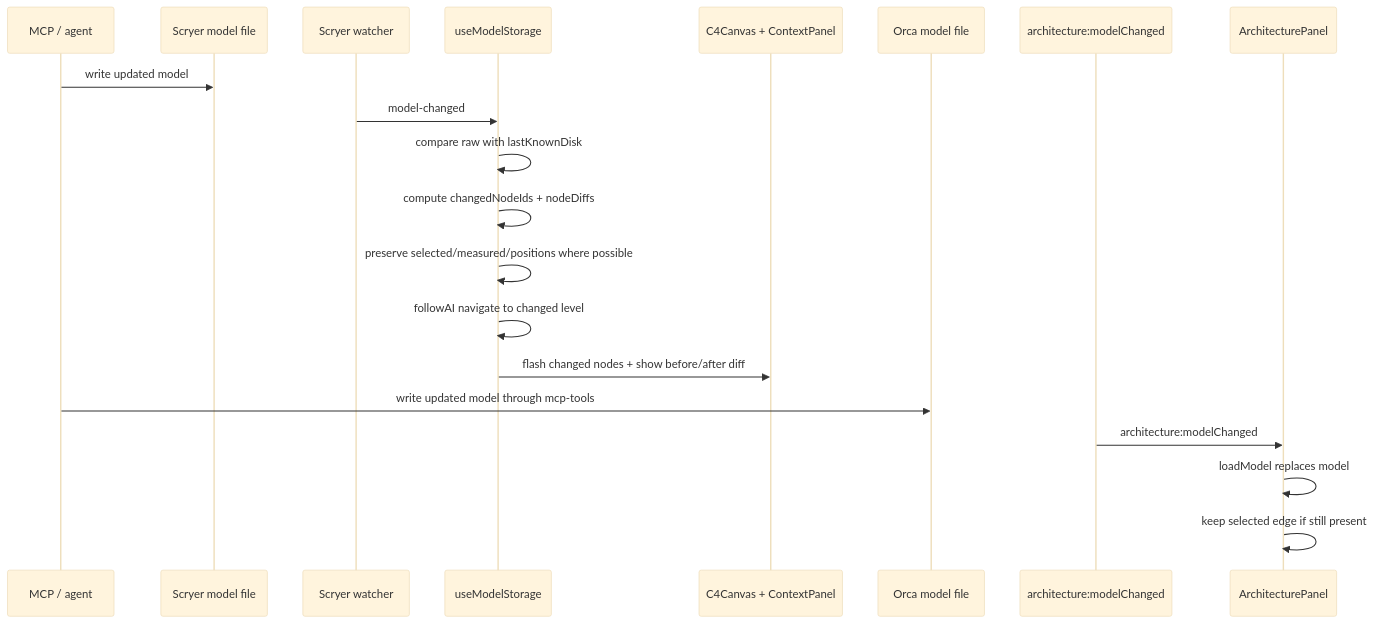
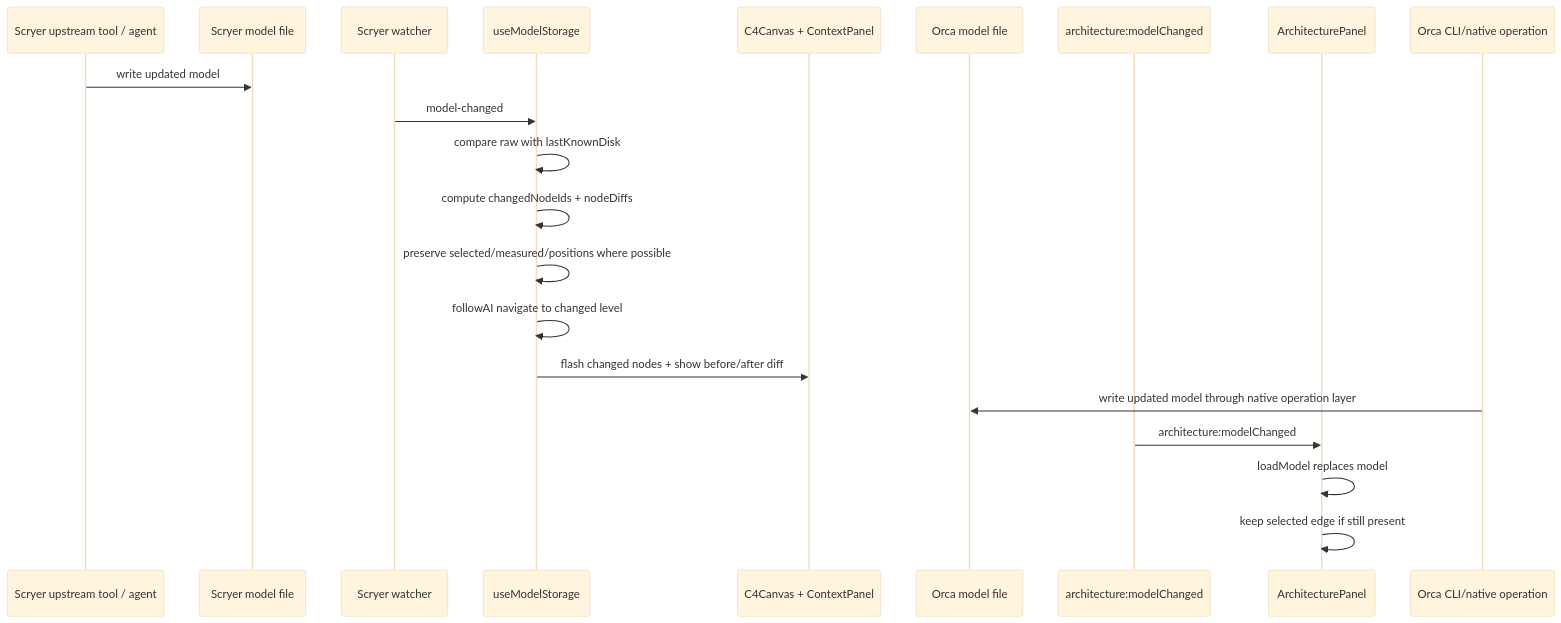
One commit to Nikolatesla-lj/orca changed the fifth of 7 diagrams in docs/orca-scryer-uml-gap-analysis.md. Above: the diagram before and after it, drawn with Mermaid (base theme). The commit also changed other lines of this file and 10 other files, not shown here.

````diff
--- a/docs/orca-scryer-uml-gap-analysis.md
+++ b/docs/orca-scryer-uml-gap-analysis.md
@@ -153,24 +184,25 @@
 ```mermaid
 sequenceDiagram
-  participant MCP as MCP / agent
+  participant STool as Scryer upstream tool / agent
   participant SFile as Scryer model file
   participant SWatch as Scryer watcher
   participant SMS as useModelStorage
   participant SCanvas as C4Canvas + ContextPanel
   participant OFile as Orca model file
   participant OWatch as architecture:modelChanged
   participant OPanel as ArchitecturePanel
+  participant OTool as Orca CLI/native operation
 
-  MCP->>SFile: write updated model
+  STool->>SFile: write updated model
   SWatch->>SMS: model-changed
   SMS->>SMS: compare raw with lastKnownDisk
   SMS->>SMS: compute changedNodeIds + nodeDiffs
   SMS->>SMS: preserve selected/measured/positions where possible
   SMS->>SMS: followAI navigate to changed level
   SMS->>SCanvas: flash changed nodes + show before/after diff
 
-  MCP->>OFile: write updated model through mcp-tools
+  OTool->>OFile: write updated model through native operation layer
   OWatch->>OPanel: architecture:modelChanged
   OPanel->>OPanel: loadModel replaces model
   OPanel->>OPanel: keep selected edge if still present
 ```
````
